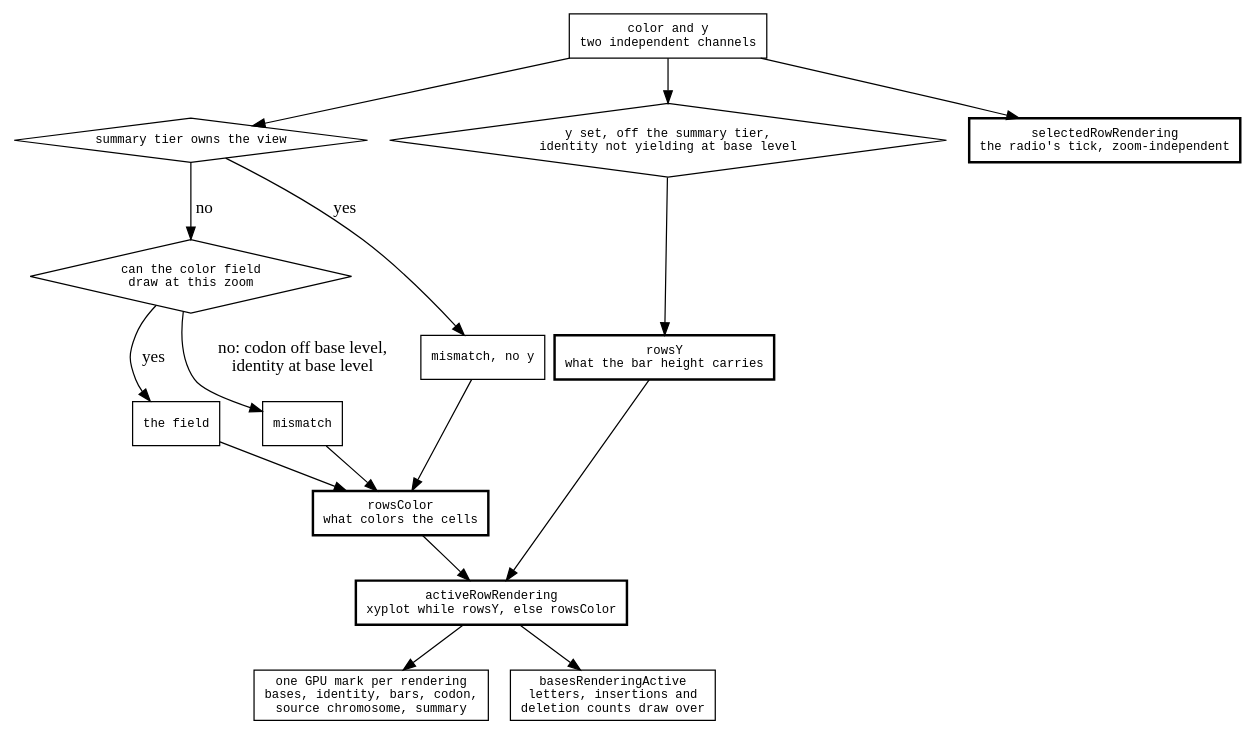
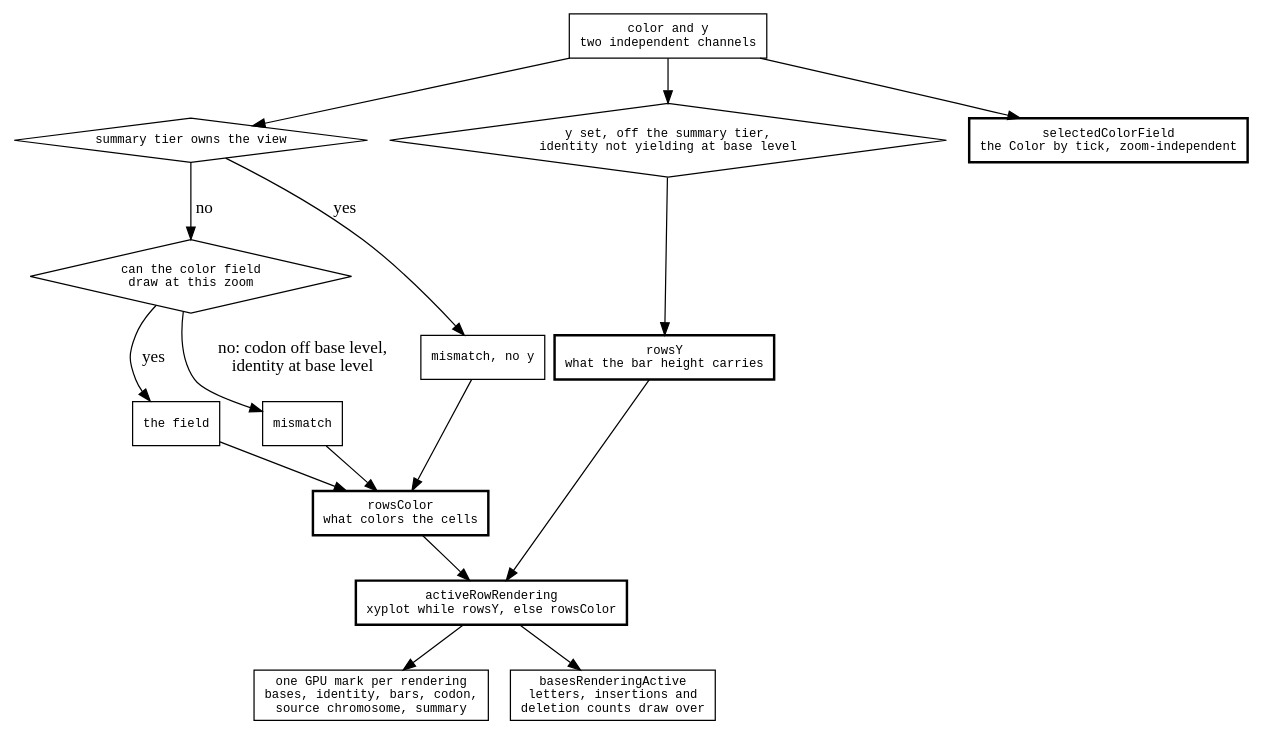
The diagram in agent-docs/reference/diagrams/maf-rendering.dot (GMOD/jbrowse-components), drawn with Graphviz before and after one commit. The commit also changed 2 other files, not shown here.

Commit message:
The figure recipes and the MAF rendering diagram name Color by and Plot type

```diff
--- a/agent-docs/reference/diagrams/maf-rendering.dot
+++ b/agent-docs/reference/diagrams/maf-rendering.dot
@@ -1,38 +1,38 @@
 digraph maf_rendering {
   rankdir=TB
   node [shape=box fontname=monospace fontsize=10]
   { node [shape=diamond] summaryTier; field; y }
 
   slots [label="color and y\ntwo independent channels"]
 
-  selected [label="selectedRowRendering\nthe radio's tick, zoom-independent", style=bold]
+  selected [label="selectedColorField\nthe Color by tick, zoom-independent", style=bold]
   slots -> selected
 
   summaryTier [label="summary tier owns the view"]
   slots -> summaryTier
   summaryTier -> fallback [label=" yes"]
   fallback [label="mismatch, no y"]
 
   field [label="can the color field\ndraw at this zoom"]
   summaryTier -> field [label=" no"]
   field -> keep [label=" yes"]
   field -> mismatch [label=" no: codon off base level,\n identity at base level"]
   keep [label="the field"]
   mismatch [label="mismatch"]
 
   rowsColor [label="rowsColor\nwhat colors the cells", style=bold]
   fallback -> rowsColor  keep -> rowsColor  mismatch -> rowsColor
 
   y [label="y set, off the summary tier,\nidentity not yielding at base level"]
   slots -> y
   rowsY [label="rowsY\nwhat the bar height carries", style=bold]
   y -> rowsY
 
   active [label="activeRowRendering\nxyplot while rowsY, else rowsColor", style=bold]
   rowsColor -> active  rowsY -> active
 
   marks [label="one GPU mark per rendering\nbases, identity, bars, codon,\nsource chromosome, summary"]
   active -> marks
   base [label="basesRenderingActive\nletters, insertions and\ndeletion counts draw over"]
   active -> base
 }
```
